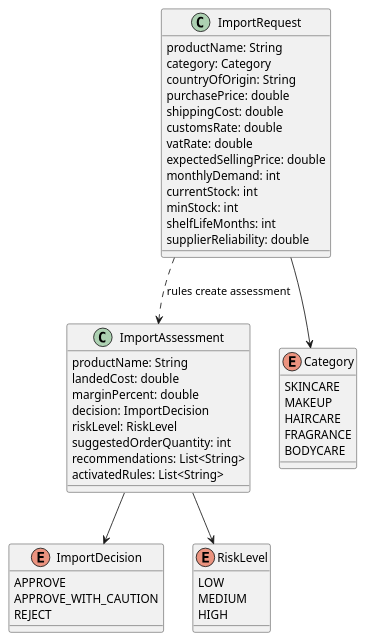
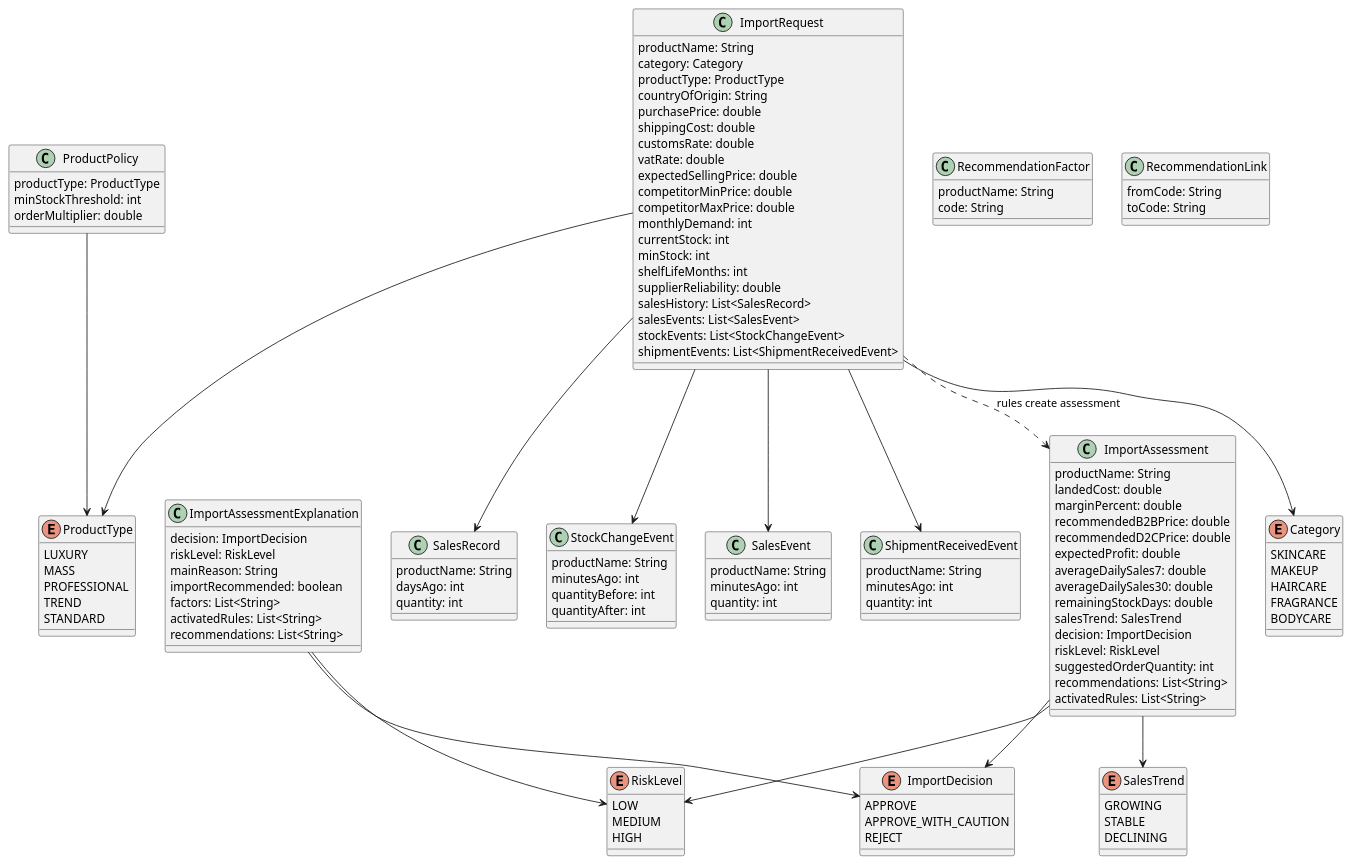
One commit to teodorabelic/cosmetics-import-kbs changed the diagram in docs/class-diagram.puml. Above: the diagram before and after it, drawn with PlantUML. The commit also changed 38 other files, not shown here.

```diff
--- a/docs/class-diagram.puml
+++ b/docs/class-diagram.puml
@@ -1,55 +1,143 @@
 @startuml
 skinparam classAttributeIconSize 0
 
 class ImportRequest {
   productName: String
   category: Category
+  productType: ProductType
   countryOfOrigin: String
   purchasePrice: double
   shippingCost: double
   customsRate: double
   vatRate: double
   expectedSellingPrice: double
+  competitorMinPrice: double
+  competitorMaxPrice: double
   monthlyDemand: int
   currentStock: int
   minStock: int
   shelfLifeMonths: int
   supplierReliability: double
+  salesHistory: List<SalesRecord>
+  salesEvents: List<SalesEvent>
+  stockEvents: List<StockChangeEvent>
+  shipmentEvents: List<ShipmentReceivedEvent>
 }
 
 class ImportAssessment {
   productName: String
   landedCost: double
   marginPercent: double
+  recommendedB2BPrice: double
+  recommendedD2CPrice: double
+  expectedProfit: double
+  averageDailySales7: double
+  averageDailySales30: double
+  remainingStockDays: double
+  salesTrend: SalesTrend
   decision: ImportDecision
   riskLevel: RiskLevel
   suggestedOrderQuantity: int
   recommendations: List<String>
   activatedRules: List<String>
 }
 
 enum Category {
   SKINCARE
   MAKEUP
   HAIRCARE
   FRAGRANCE
   BODYCARE
 }
 
+enum ProductType {
+  LUXURY
+  MASS
+  PROFESSIONAL
+  TREND
+  STANDARD
+}
+
+enum SalesTrend {
+  GROWING
+  STABLE
+  DECLINING
+}
+
 enum ImportDecision {
   APPROVE
   APPROVE_WITH_CAUTION
   REJECT
 }
 
 enum RiskLevel {
   LOW
   MEDIUM
   HIGH
 }
 
+class SalesRecord {
+  productName: String
+  daysAgo: int
+  quantity: int
+}
+
+class StockChangeEvent {
+  productName: String
+  minutesAgo: int
+  quantityBefore: int
+  quantityAfter: int
+}
+
+class SalesEvent {
+  productName: String
+  minutesAgo: int
+  quantity: int
+}
+
+class ShipmentReceivedEvent {
+  productName: String
+  minutesAgo: int
+  quantity: int
+}
+
+class ProductPolicy {
+  productType: ProductType
+  minStockThreshold: int
+  orderMultiplier: double
+}
+
+class RecommendationFactor {
+  productName: String
+  code: String
+}
+
+class RecommendationLink {
+  fromCode: String
+  toCode: String
+}
+
+class ImportAssessmentExplanation {
+  decision: ImportDecision
+  riskLevel: RiskLevel
+  mainReason: String
+  importRecommended: boolean
+  factors: List<String>
+  activatedRules: List<String>
+  recommendations: List<String>
+}
+
 ImportRequest --> Category
+ImportRequest --> ProductType
+ImportRequest --> SalesRecord
+ImportRequest --> SalesEvent
+ImportRequest --> StockChangeEvent
+ImportRequest --> ShipmentReceivedEvent
 ImportAssessment --> ImportDecision
 ImportAssessment --> RiskLevel
+ImportAssessment --> SalesTrend
+ImportAssessmentExplanation --> ImportDecision
+ImportAssessmentExplanation --> RiskLevel
+ProductPolicy --> ProductType
 ImportRequest ..> ImportAssessment : rules create assessment
 @enduml
```
